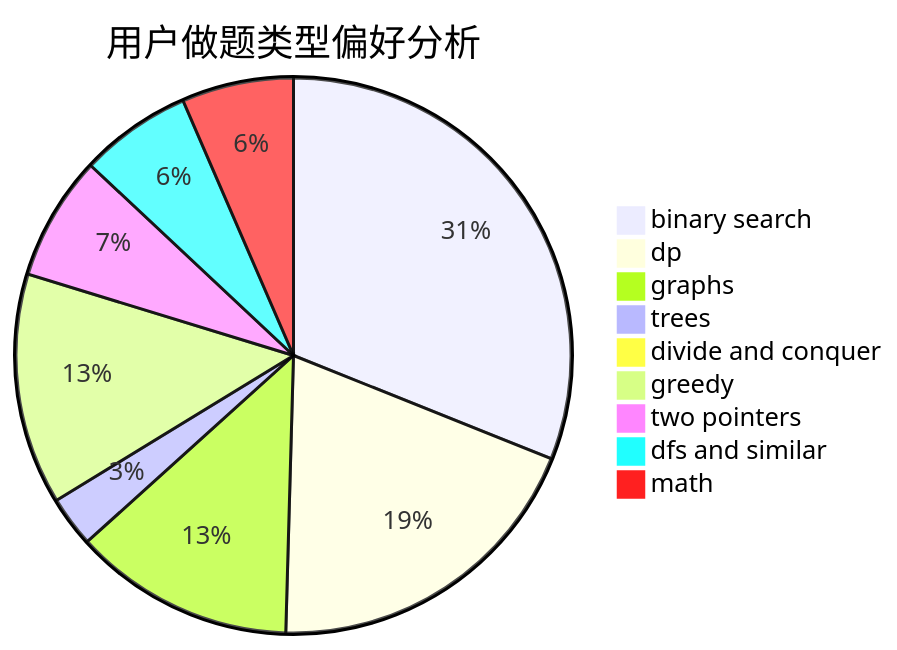
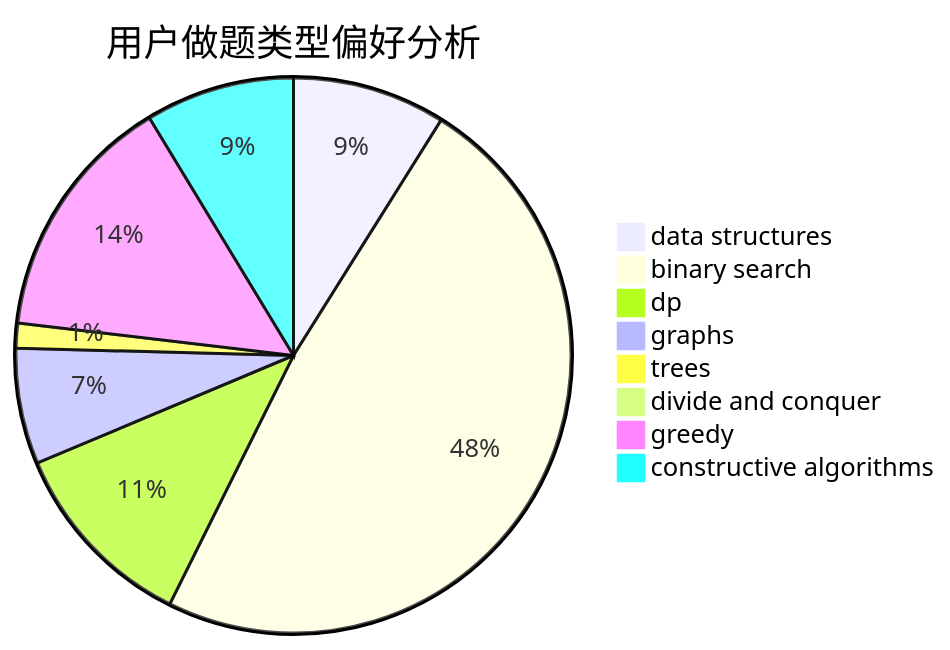
The second of 3 diagrams in docs/user/u2279.md (sherpahu/cfrs.github.io), drawn with Mermaid before and after one commit. The commit also changed other lines of this file and 2775 other files, not shown here.

````diff
--- a/docs/user/u2279.md
+++ b/docs/user/u2279.md
@@ -23,12 +23,11 @@
 ```mermaid
 pie title 用户做题类型偏好分析
-    "binary search" :  210
-    "dp" :  131
-    "graphs" :  87
-    "trees" :  20
-    "divide and conquer" :  4
-    "greedy" :  91
-    "two pointers" :  49
-    "dfs and similar" :  44
-    "math" :  44
+    "data structures" :  37
+    "binary search" :  201
+    "dp" :  47
+    "graphs" :  28
+    "trees" :  6
+    "divide and conquer" :  0
+    "greedy" :  60
+    "constructive algorithms" :  36
 ```
````
